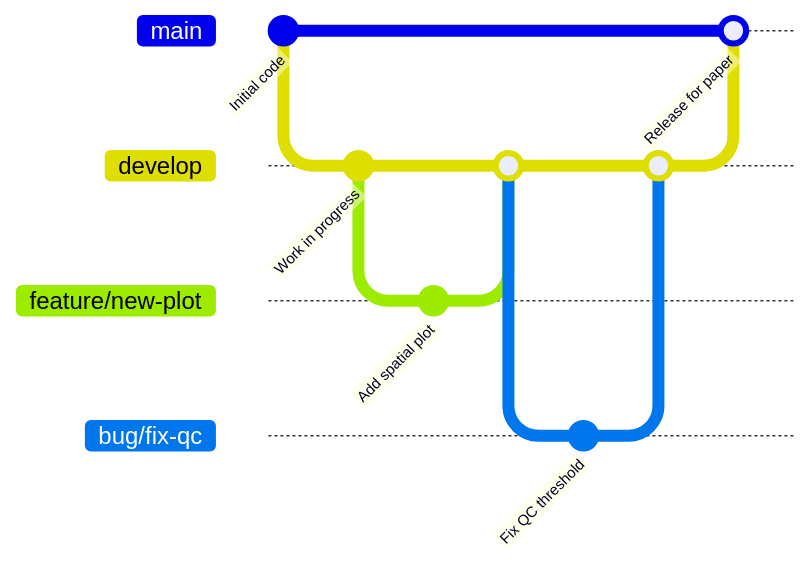
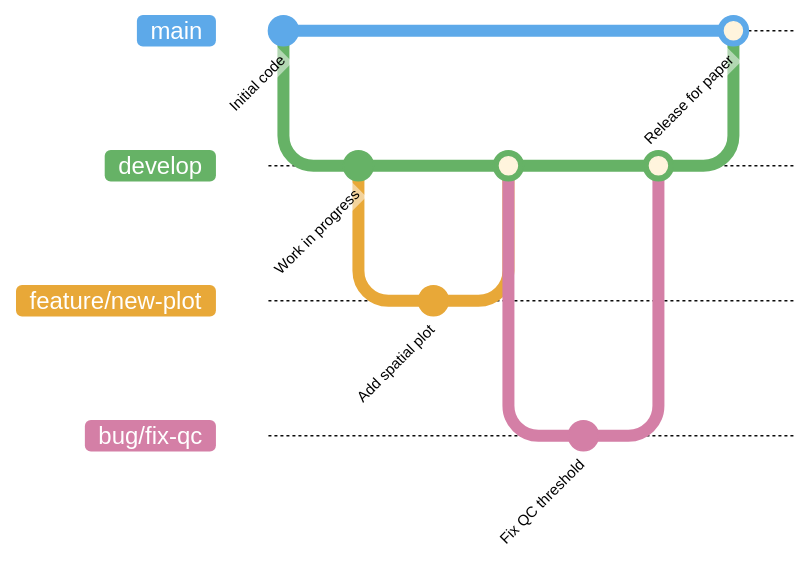
The fourth of 4 diagrams in slides/git-for-science.qmd (WillyChap/willychap.github.io), drawn with Mermaid before and after one commit. The commit also changed other lines of this file and 1 other file, not shown here.

First line of the commit message:
Fix gitGraph main branch visibility with lighter colors

````diff
--- a/slides/git-for-science.qmd
+++ b/slides/git-for-science.qmd
@@ -976,19 +980,20 @@
 ```{mermaid}
+%%{init: {'theme':'base', 'themeVariables': { 'git0': '#5DA9E9', 'git1': '#66B266', 'git2': '#E8A838', 'git3': '#D47FA6', 'gitBranchLabel0': '#ffffff', 'gitBranchLabel1': '#ffffff', 'gitBranchLabel2': '#ffffff', 'gitBranchLabel3': '#ffffff', 'commitLabelColor': '#000000', 'commitLabelBackground': '#ffffff'}}}%%
 gitGraph
     commit id: "Initial code"
     branch develop
     checkout develop
     commit id: "Work in progress"
     branch feature/new-plot
     checkout feature/new-plot
     commit id: "Add spatial plot"
     checkout develop
     merge feature/new-plot
     branch bug/fix-qc
     checkout bug/fix-qc
     commit id: "Fix QC threshold"
     checkout develop
     merge bug/fix-qc
     checkout main
     merge develop id: "Release for paper"
 ```
````
